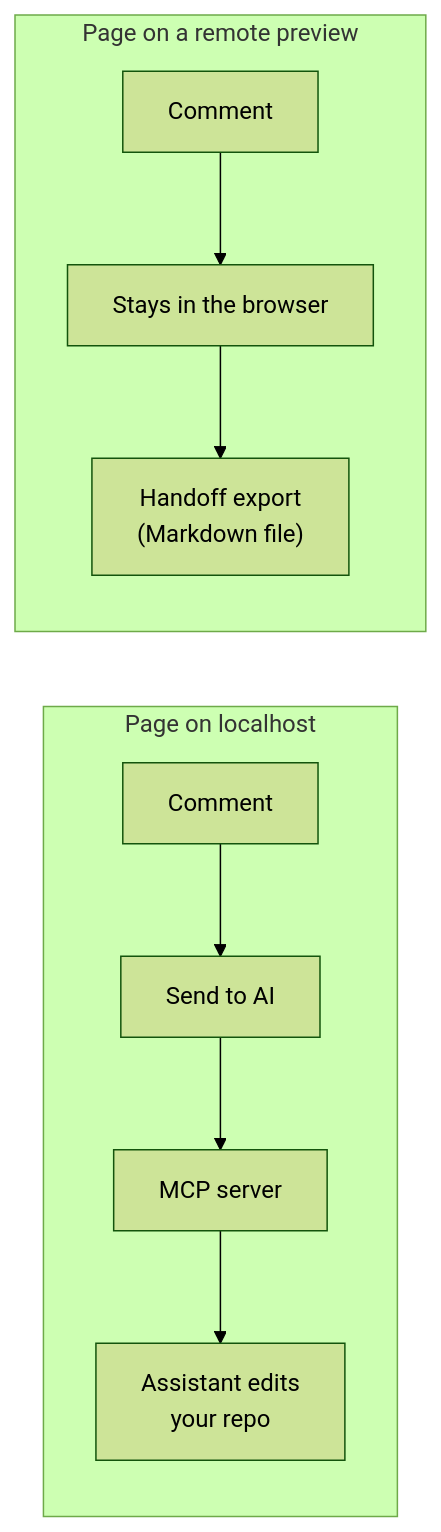
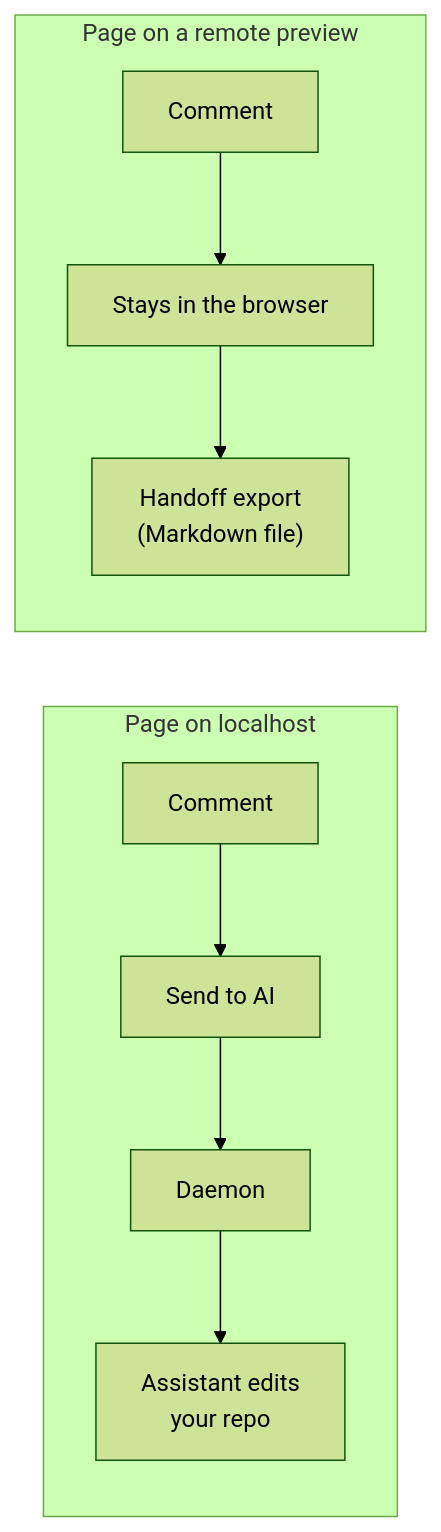
One commit to pallandir/northstar changed the second of 2 diagrams in docs/how-it-works.md. Above: the diagram before and after it, drawn with Mermaid (forest theme). The commit also changed other lines of this file and 149 other files, not shown here.

First line of the commit message:
feat(mcp): send to AI through owned PTY sessions over native messaging

````diff
--- a/docs/how-it-works.md
+++ b/docs/how-it-works.md
@@ -130,9 +135,9 @@
 ```mermaid
 flowchart LR
     subgraph Local["Page on localhost"]
-      L1["Comment"] --> L2["Send to AI"] --> L3["MCP server"] --> L4["Assistant edits<br/>your repo"]
+      L1["Comment"] --> L2["Send to AI"] --> L3["Daemon"] --> L4["Assistant edits<br/>your repo"]
     end
     subgraph Remote["Page on a remote preview"]
       R1["Comment"] --> R2["Stays in the browser"] --> R3["Handoff export<br/>(Markdown file)"]
     end
 ```
````
